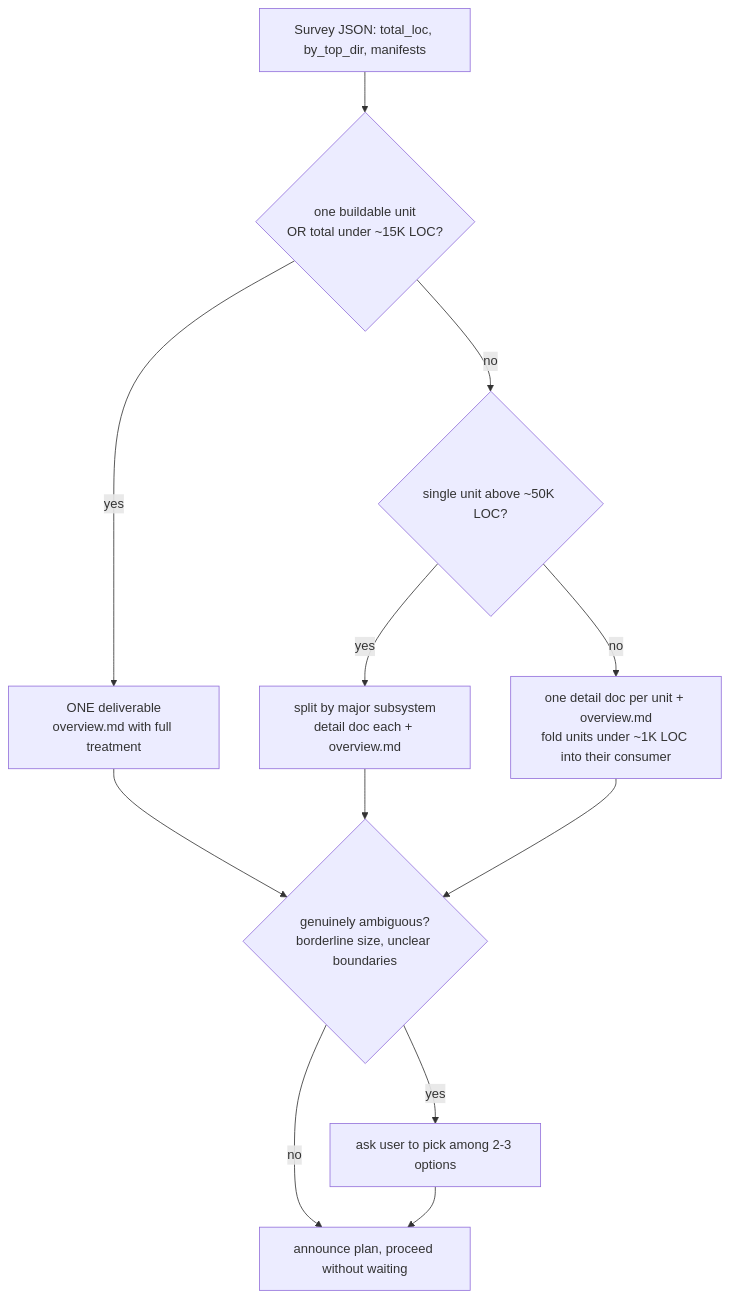
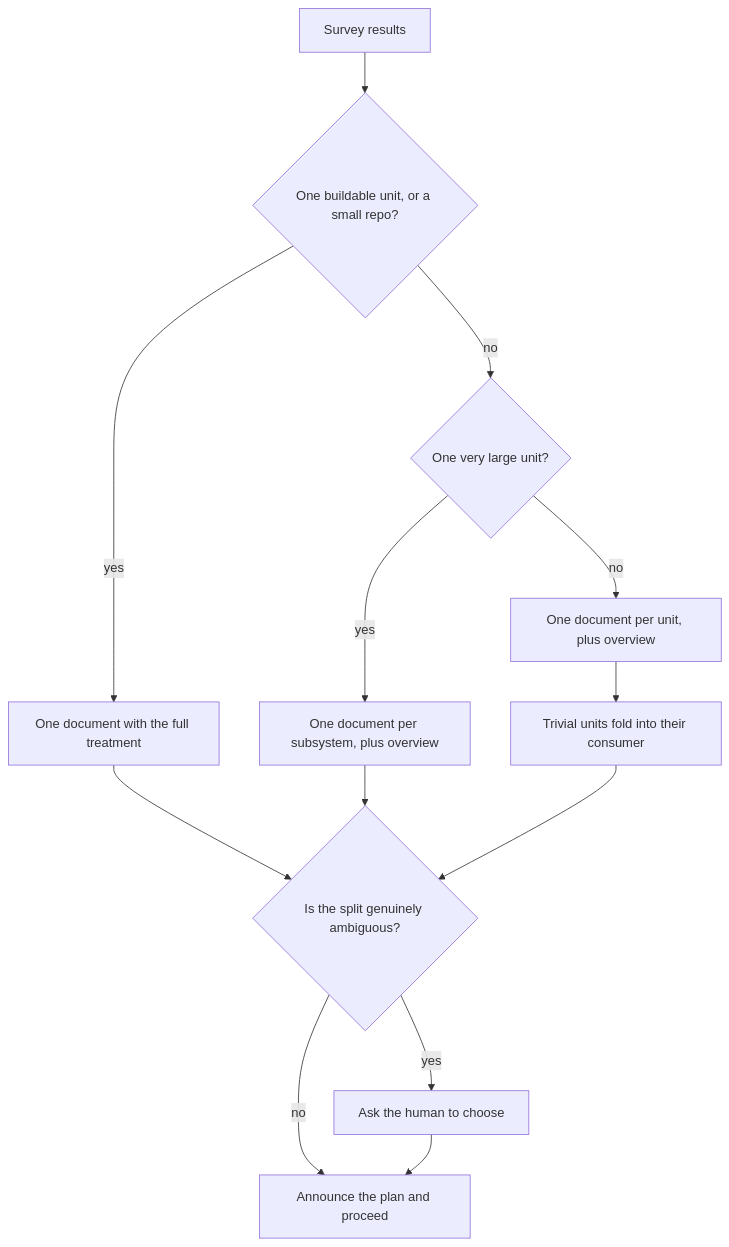
One commit to peterlit/quiller-claude-plugins changed the fifth of 16 diagrams in docs/architecture/arch-docs-tools.md. Above: the diagram before and after it, drawn with Mermaid. The commit also changed other lines of this file and 5 other files, not shown here.

````diff
--- a/docs/architecture/arch-docs-tools.md
+++ b/docs/architecture/arch-docs-tools.md
@@ -281,14 +627,15 @@
 ```mermaid
 flowchart TB
-  S["Survey JSON: total_loc, by_top_dir, manifests"] --> Q1{"one buildable unit<br/>OR total under ~15K LOC?"}
-  Q1 -->|yes| One["ONE deliverable<br/>overview.md with full treatment"]
-  Q1 -->|no| Q2{"single unit above ~50K LOC?"}
-  Q2 -->|yes| Sub["split by major subsystem<br/>detail doc each + overview.md"]
-  Q2 -->|no| Multi["one detail doc per unit + overview.md<br/>fold units under ~1K LOC into their consumer"]
-  One --> Amb{"genuinely ambiguous?<br/>borderline size, unclear boundaries"}
+  S["Survey results"] --> Q1{"One buildable unit, or a small repo?"}
+  Q1 -->|yes| One["One document with the full treatment"]
+  Q1 -->|no| Q2{"One very large unit?"}
+  Q2 -->|yes| Sub["One document per subsystem, plus overview"]
+  Q2 -->|no| Multi["One document per unit, plus overview"]
+  Multi --> Fold["Trivial units fold into their consumer"]
+  One --> Amb{"Is the split genuinely ambiguous?"}
   Sub --> Amb
-  Multi --> Amb
-  Amb -->|yes| Ask["ask user to pick among 2-3 options"]
-  Amb -->|no| Go["announce plan, proceed without waiting"]
+  Fold --> Amb
+  Amb -->|yes| Ask["Ask the human to choose"]
+  Amb -->|no| Go["Announce the plan and proceed"]
   Ask --> Go
 ```
````
